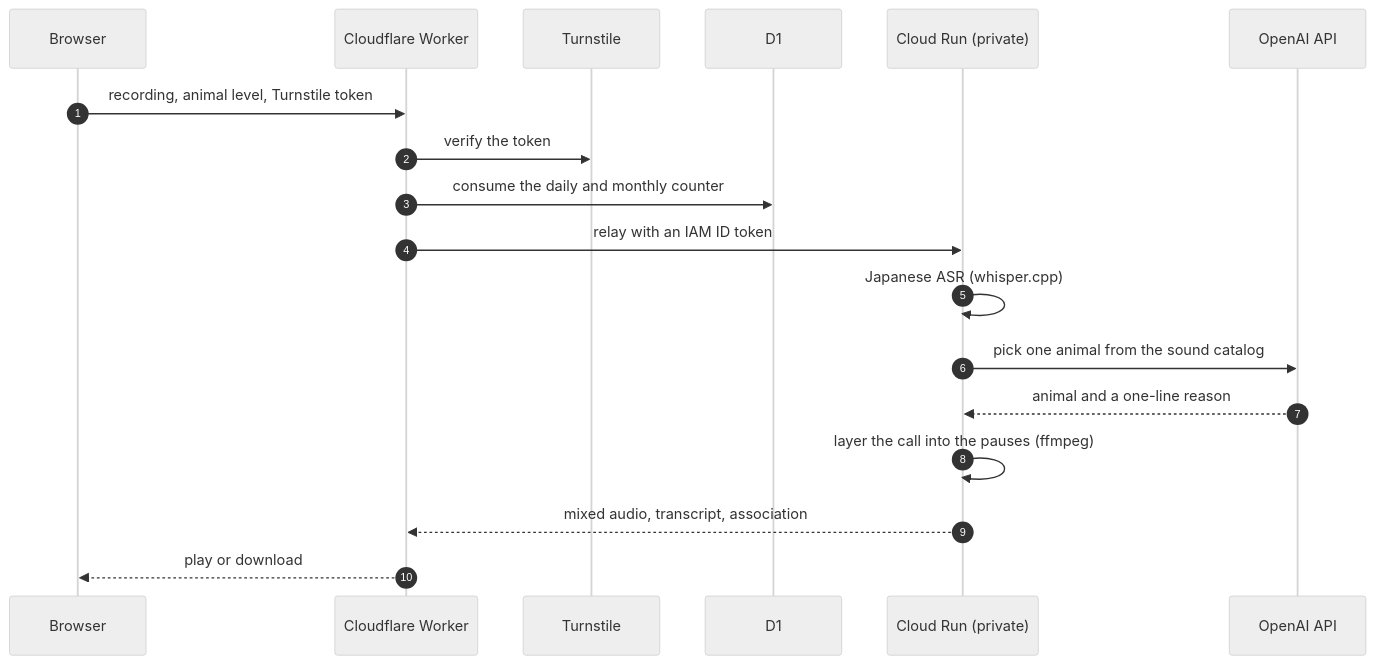
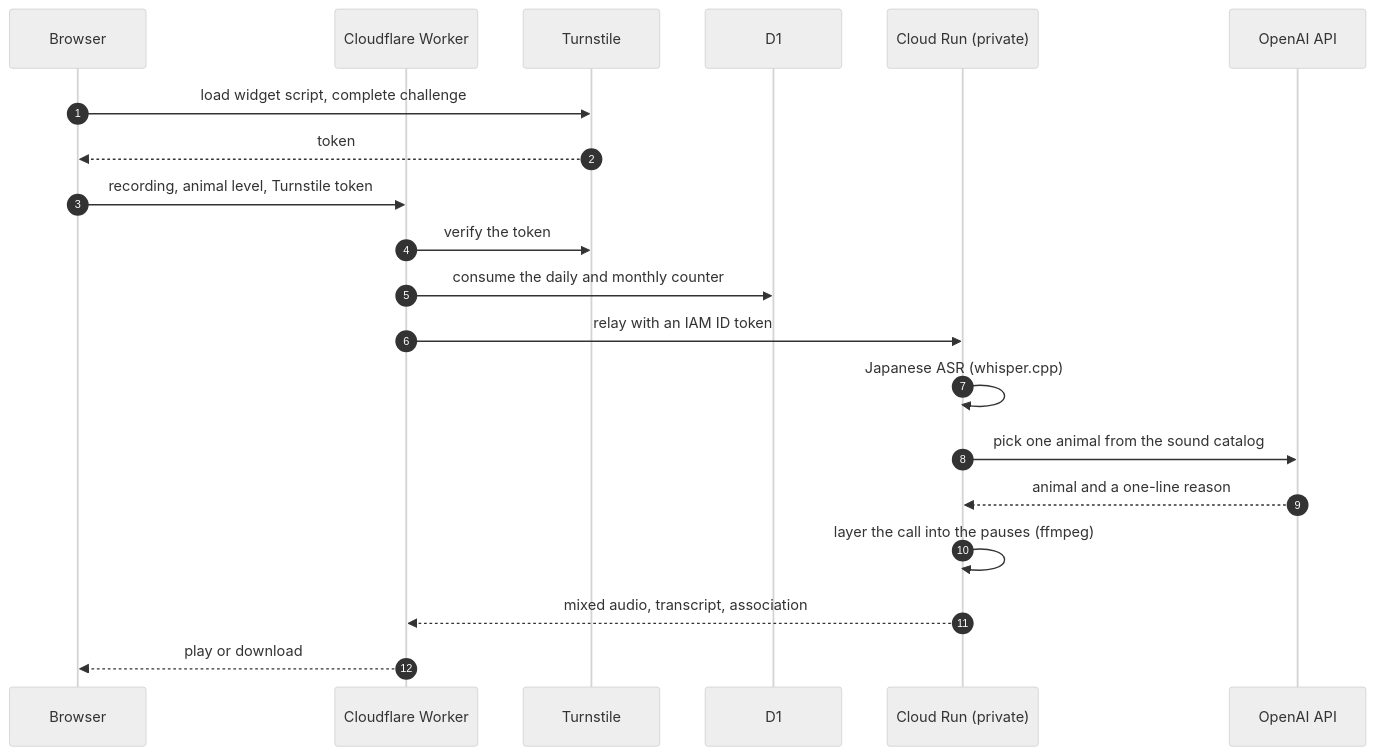
Before and after one commit to inakaegg/voice-lab: the second of 2 diagrams in README.md, drawn with Mermaid (neutral theme). The commit also changed other lines of this file and 4 other files, not shown here.

Commit message:
docs: 認証・quota・任意音声経路を構成図へ追加 / Add auth, quota, and optional voice paths

````diff
--- a/README.md
+++ b/README.md
@@ -114,20 +167,22 @@
 ```mermaid
 sequenceDiagram
     autonumber
     participant B as Browser
     participant W as Cloudflare Worker
     participant T as Turnstile
     participant D as D1
     participant C as Cloud Run (private)
     participant O as OpenAI API
+    B->>T: load widget script, complete challenge
+    T-->>B: token
     B->>W: recording, animal level, Turnstile token
     W->>T: verify the token
     W->>D: consume the daily and monthly counter
     W->>C: relay with an IAM ID token
     C->>C: Japanese ASR (whisper.cpp)
     C->>O: pick one animal from the sound catalog
     O-->>C: animal and a one-line reason
     C->>C: layer the call into the pauses (ffmpeg)
     C-->>W: mixed audio, transcript, association
     W-->>B: play or download
 ```
````
